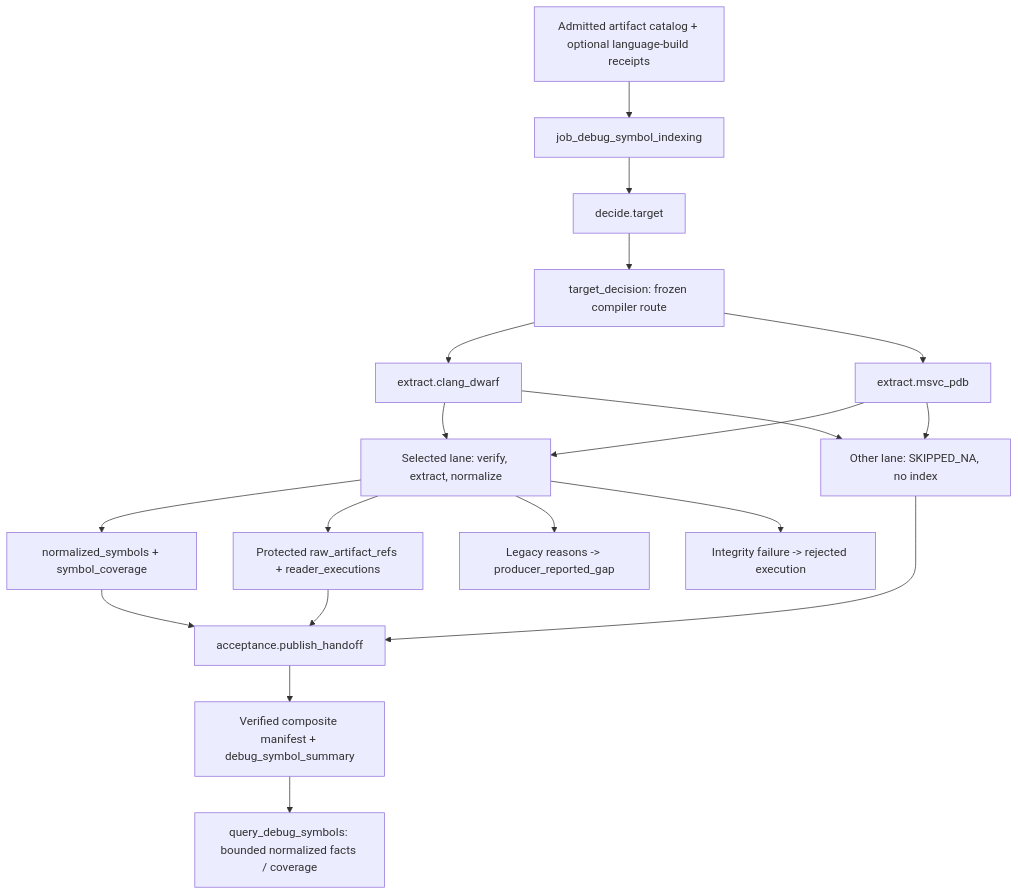
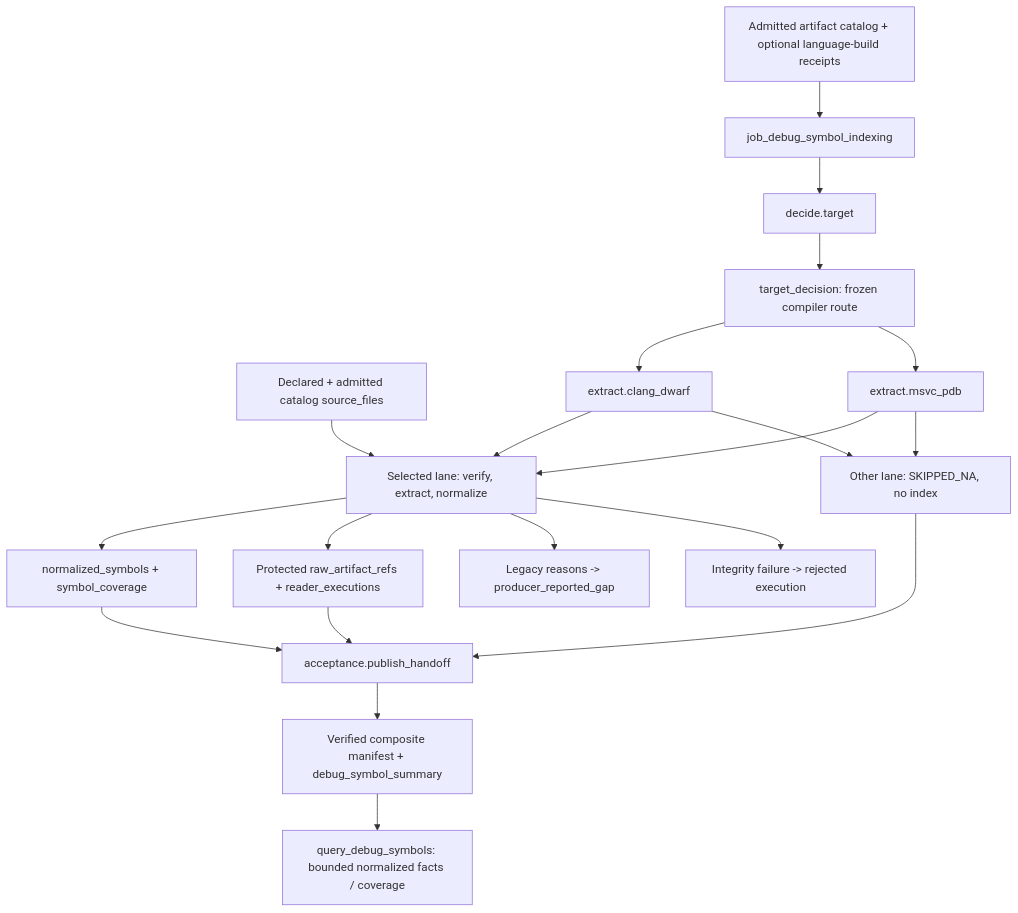
Before and after one commit to wsollers/appsec-review: the second of 2 diagrams in docs/operations/job_debug_symbol_indexing.md, drawn with Mermaid. The commit also changed other lines of this file and 17 other files, not shown here.

````diff
--- a/docs/operations/job_debug_symbol_indexing.md
+++ b/docs/operations/job_debug_symbol_indexing.md
@@ -221,21 +238,22 @@
 ```mermaid
 flowchart TD
   artifact["Admitted artifact catalog + optional language-build receipts"] --> job_debug_symbol_indexing
+  source["Declared + admitted catalog source_files"] --> selected
   job_debug_symbol_indexing --> decide["decide.target"]
   decide --> decision["target_decision: frozen compiler route"]
   decision --> dwarf["extract.clang_dwarf"]
   decision --> pdb["extract.msvc_pdb"]
   dwarf --> selected["Selected lane: verify, extract, normalize"]
   pdb --> selected
   dwarf --> skipped["Other lane: SKIPPED_NA, no index"]
   pdb --> skipped
   selected --> index["normalized_symbols + symbol_coverage"]
   selected --> protected["Protected raw_artifact_refs + reader_executions"]
   selected --> gaps["Legacy reasons -> producer_reported_gap"]
   selected --> failure["Integrity failure -> rejected execution"]
   index --> publish["acceptance.publish_handoff"]
   skipped --> publish
   protected --> publish
   publish --> manifest["Verified composite manifest + debug_symbol_summary"]
   manifest --> query["query_debug_symbols: bounded normalized facts / coverage"]
 ```
````
